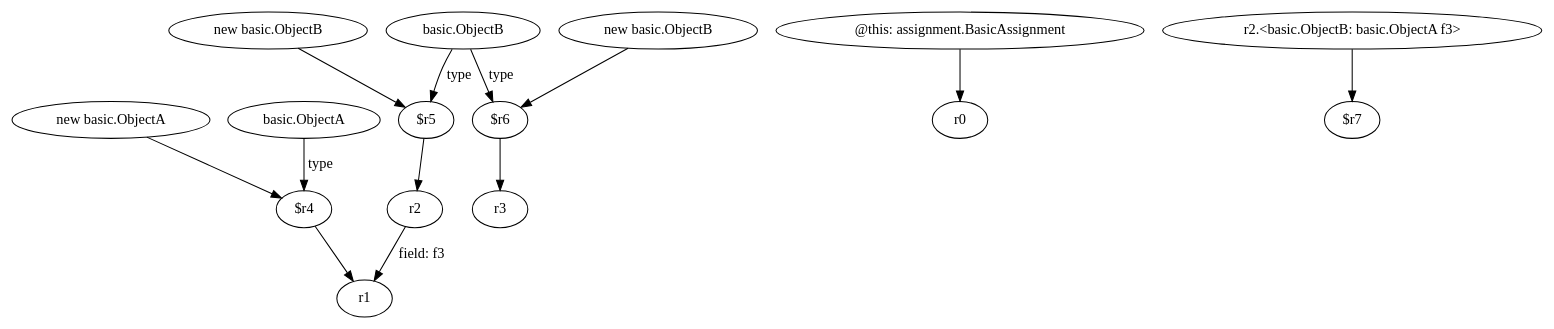
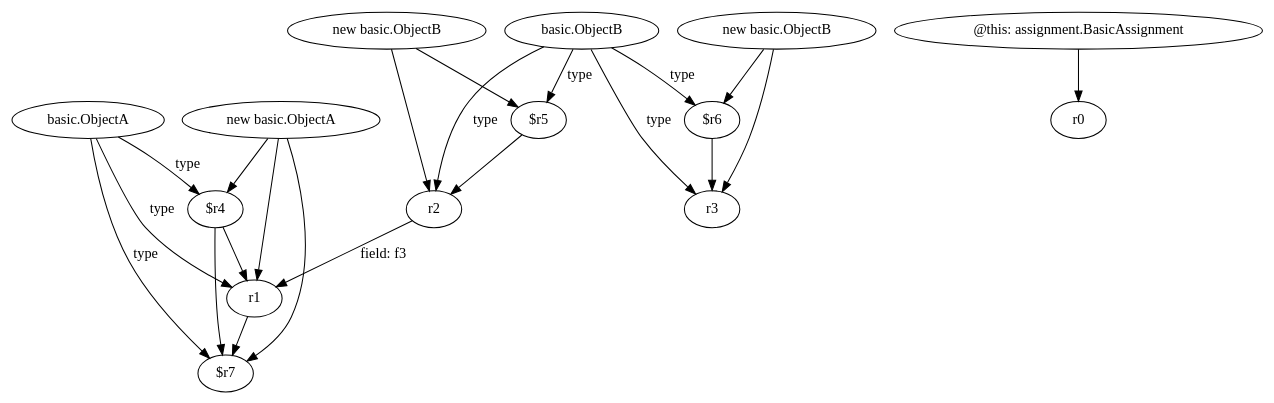
The diagram in relation2/<assignment.BasicAssignment: void field2param()>.dot (SeanCoek/zString), drawn with Graphviz before and after one commit. The commit also changed 36 other files, not shown here.

```diff
--- a/relation2/<assignment.BasicAssignment: void field2param()>.dot
+++ b/relation2/<assignment.BasicAssignment: void field2param()>.dot
@@ -1,29 +1,37 @@
 digraph g {
-0[label="$r5"]
-1[label="r2"]
+0[label="new basic.ObjectA"]
+1[label="$r4"]
 0->1[label=""]
-2[label="$r4"]
-3[label="r1"]
+2[label="new basic.ObjectB"]
+3[label="r2"]
 2->3[label=""]
-4[label="@this: assignment.BasicAssignment"]
-5[label="r0"]
-4->5[label=""]
-6[label="new basic.ObjectA"]
-6->2[label=""]
-7[label="basic.ObjectB"]
-8[label="$r6"]
+4[label="$r5"]
+2->4[label=""]
+5[label="new basic.ObjectB"]
+6[label="r3"]
+5->6[label=""]
+7[label="basic.ObjectA"]
+8[label="r1"]
 7->8[label="type"]
-9[label="r3"]
+9[label="$r7"]
+0->9[label=""]
+7->1[label="type"]
+10[label="basic.ObjectB"]
+10->4[label="type"]
+0->8[label=""]
+4->3[label=""]
+10->3[label="type"]
+7->9[label="type"]
+1->8[label=""]
+11[label="@this: assignment.BasicAssignment"]
+12[label="r0"]
+11->12[label=""]
+13[label="$r6"]
+5->13[label=""]
 8->9[label=""]
-1->3[label="field: f3"]
-10[label="basic.ObjectA"]
-10->2[label="type"]
-11[label="r2.<basic.ObjectB: basic.ObjectA f3>"]
-12[label="$r7"]
-11->12[label=""]
-13[label="new basic.ObjectB"]
-13->0[label=""]
-14[label="new basic.ObjectB"]
-14->8[label=""]
-7->0[label="type"]
+10->6[label="type"]
+10->13[label="type"]
+13->6[label=""]
+3->8[label="field: f3"]
+1->9[label=""]
 }
```
